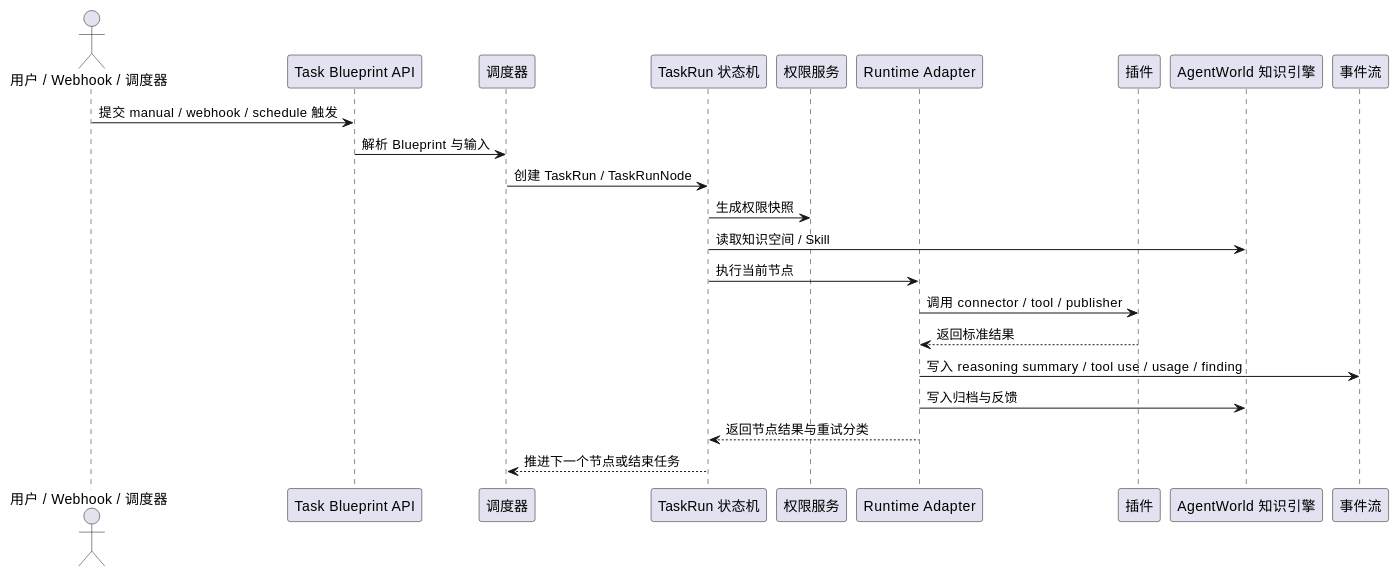
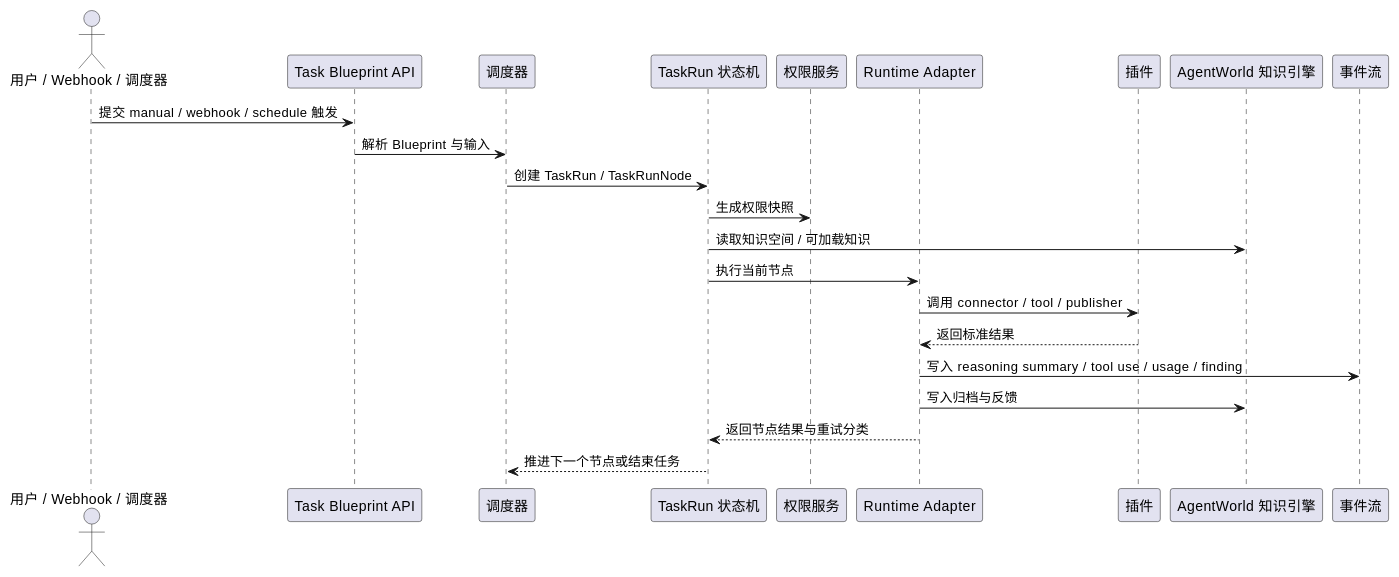
One commit to SimonMing47/agent-world changed the second of 5 diagrams in docs/system-design-detailed.zh-CN.md. Above: the diagram before and after it, drawn with PlantUML. The commit also changed other lines of this file and 35 other files, not shown here.

````diff
--- a/docs/system-design-detailed.zh-CN.md
+++ b/docs/system-design-detailed.zh-CN.md
@@ -84,26 +84,26 @@
 ```plantuml
 @startuml
 actor "用户 / Webhook / 调度器" as Trigger
 participant "Task Blueprint API" as API
 participant "调度器" as Scheduler
 participant "TaskRun 状态机" as Run
 participant "权限服务" as Policy
 participant "Runtime Adapter" as Runtime
 participant "插件" as Plugin
 participant "AgentWorld 知识引擎" as Memory
 participant "事件流" as Event
 
 Trigger -> API: 提交 manual / webhook / schedule 触发
 API -> Scheduler: 解析 Blueprint 与输入
 Scheduler -> Run: 创建 TaskRun / TaskRunNode
 Run -> Policy: 生成权限快照
-Run -> Memory: 读取知识空间 / Skill
+Run -> Memory: 读取知识空间 / 可加载知识
 Run -> Runtime: 执行当前节点
 Runtime -> Plugin: 调用 connector / tool / publisher
 Plugin --> Runtime: 返回标准结果
 Runtime -> Event: 写入 reasoning summary / tool use / usage / finding
 Runtime -> Memory: 写入归档与反馈
 Runtime --> Run: 返回节点结果与重试分类
 Run --> Scheduler: 推进下一个节点或结束任务
 @enduml
 ```
````
